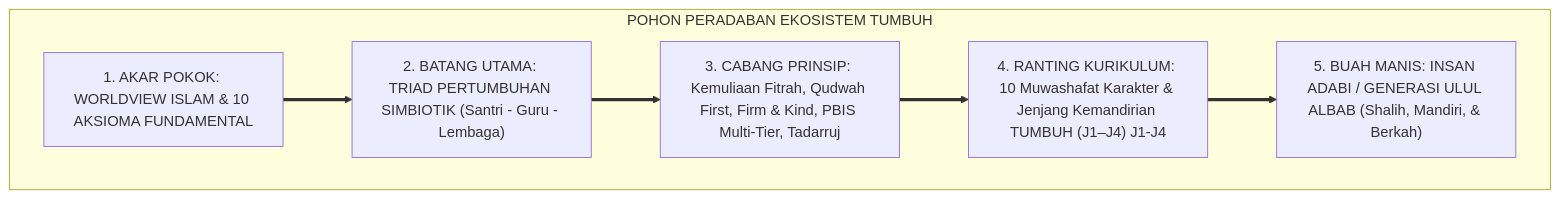
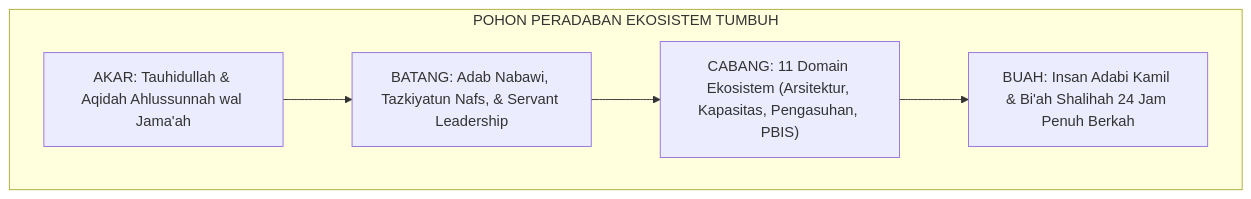
The first of 4 diagrams in 01 Philosophy/01 Worldview/P1-01-Worldview-TUMBUH.md (wandiapriliyandi/tumbuh), drawn with Mermaid before and after one commit. The commit also changed other lines of this file and 9 other files, not shown here.

Commit message:
docs(epistemology & human-nature): reconstruct all 02 Epistemologi TUMBUH, master P1-01 Worldview, and P1-02-01 Hakikat Fitrah to pure academic monograph standard

````diff
--- a/01 Philosophy/01 Worldview/P1-01-Worldview-TUMBUH.md
+++ b/01 Philosophy/01 Worldview/P1-01-Worldview-TUMBUH.md
@@ -58,12 +60,11 @@
 ```mermaid
 flowchart TD
     subgraph PohonWorldviewTUMBUH["POHON PERADABAN EKOSISTEM TUMBUH"]
-        Akar["1. AKAR POKOK: WORLDVIEW ISLAM & 10 AKSIOMA FUNDAMENTAL"]
-        Batang["2. BATANG UTAMA: TRIAD PERTUMBUHAN SIMBIOTIK (Santri - Guru - Lembaga)"]
-        Cabang["3. CABANG PRINSIP: Kemuliaan Fitrah, Qudwah First, Firm & Kind, PBIS Multi-Tier, Tadarruj"]
-        Ranting["4. RANTING KURIKULUM: 10 Muwashafat Karakter & Jenjang Kemandirian TUMBUH (J1–J4) J1-J4"]
-        Buah["5. BUAH MANIS: INSAN ADABI / GENERASI ULUL ALBAB (Shalih, Mandiri, & Berkah)"]
+        Akar["AKAR: Tauhidullah & Aqidah Ahlussunnah wal Jama'ah"]
+        Batang["BATANG: Adab Nabawi, Tazkiyatun Nafs, & Servant Leadership"]
+        Cabang["CABANG: 11 Domain Ekosistem (Arsitektur, Kapasitas, Pengasuhan, PBIS)"]
+        Buah["BUAH: Insan Adabi Kamil & Bi'ah Shalihah 24 Jam Penuh Berkah"]
         
-        Akar ==> Batang ==> Cabang ==> Ranting ==> Buah
+        Akar --> Batang --> Cabang --> Buah
     end
 ```
````
